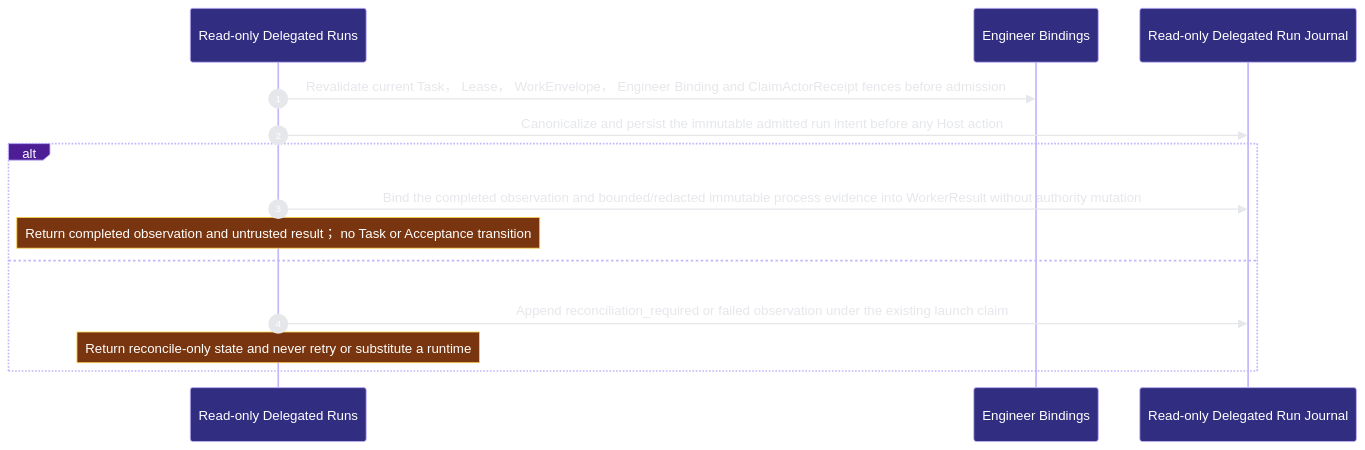
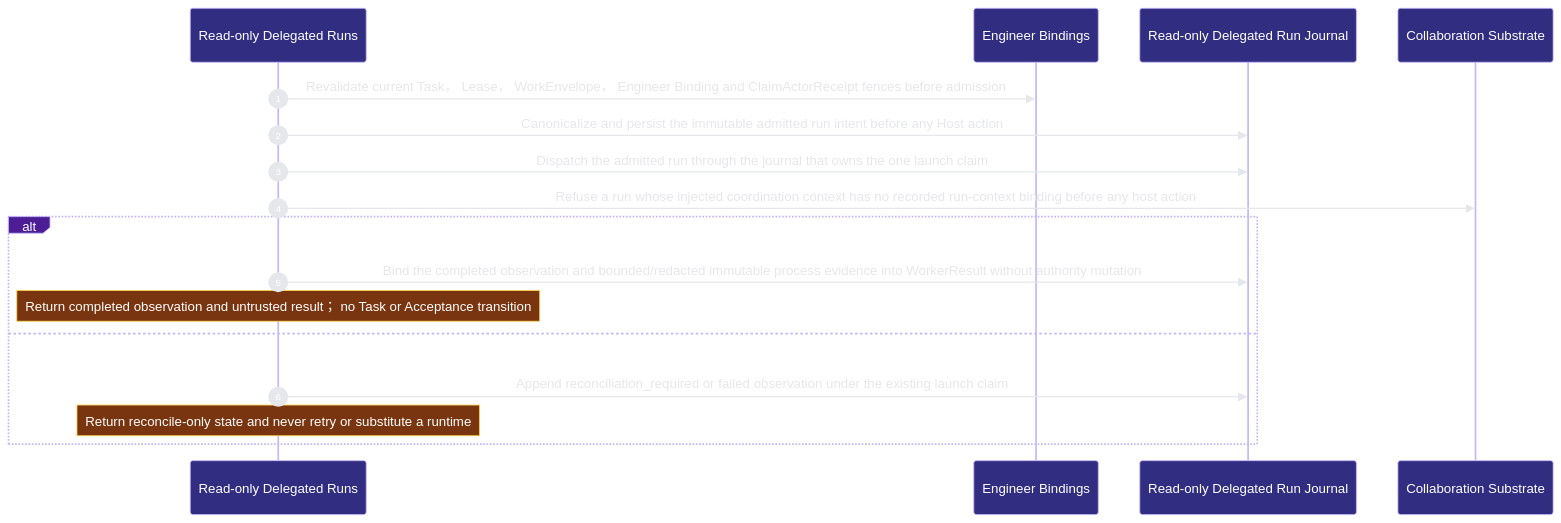
The second of 2 diagrams in docs/architecture/modules/runtime-harness/delegated-runs.md (Ancienttwo/repo-harness), drawn with Mermaid before and after one commit. The commit also changed other lines of this file and 20 other files, not shown here.

First line of the commit message:
docs(architecture): deepen engineer and collaboration model and P3

````diff
--- a/docs/architecture/modules/runtime-harness/delegated-runs.md
+++ b/docs/architecture/modules/runtime-harness/delegated-runs.md
@@ -66,17 +70,20 @@
 ```mermaid
 %%{init: {"theme":"base","themeVariables":{"background":"#0d1117","actorBkg":"#312e81","actorBorder":"#c4b5fd","actorTextColor":"#ffffff","signalColor":"#e5e7eb","signalTextColor":"#e5e7eb","labelBoxBkgColor":"#4c1d95","labelBoxBorderColor":"#c4b5fd","labelTextColor":"#ffffff","noteBkgColor":"#78350f","noteBorderColor":"#fcd34d","noteTextColor":"#ffffff","sequenceNumberColor":"#ffffff"}}}%%
 sequenceDiagram
   autonumber
   participant p2_delegated_run_journal_781391f9 as Read-only Delegated Runs
   participant p2_binding_authority_b56d10c4 as Engineer Bindings
   participant p2_delegated_run_schema_0652b33a as Read-only Delegated Run Journal
+  participant p2_collaboration_fence_e27409aa as Collaboration Substrate
   p2_delegated_run_journal_781391f9->>p2_binding_authority_b56d10c4: Revalidate current Task， Lease， WorkEnvelope， Engineer Binding and ClaimActorReceipt fences before admission
   p2_delegated_run_journal_781391f9->>p2_delegated_run_schema_0652b33a: Canonicalize and persist the immutable admitted run intent before any Host action
+  p2_delegated_run_journal_781391f9->>p2_delegated_run_schema_0652b33a: Dispatch the admitted run through the journal that owns the one launch claim
+  p2_delegated_run_journal_781391f9->>p2_collaboration_fence_e27409aa: Refuse a run whose injected coordination context has no recorded run-context binding before any host action
   alt One immutable launch claim admits at most one read-only host action and returns only untrusted receipt-bound evidence
   p2_delegated_run_journal_781391f9->>p2_delegated_run_schema_0652b33a: Bind the completed observation and bounded/redacted immutable process evidence into WorkerResult without authority mutation
     Note over p2_delegated_run_journal_781391f9: Return completed observation and untrusted result； no Task or Acceptance transition
   else Lost acknowledgement， stale authority or protected-state drift fails closed without another host action
   p2_delegated_run_journal_781391f9->>p2_delegated_run_schema_0652b33a: Append reconciliation_required or failed observation under the existing launch claim
     Note over p2_delegated_run_journal_781391f9: Return reconcile-only state and never retry or substitute a runtime
   end
 ```
````
